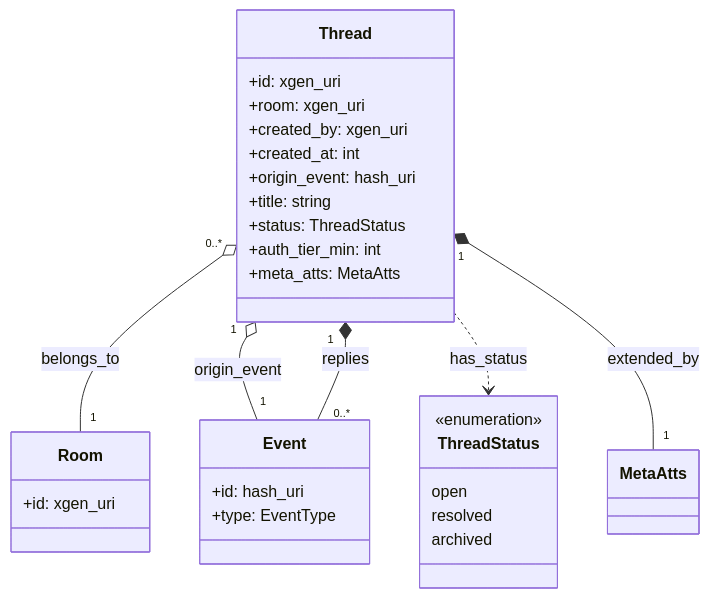
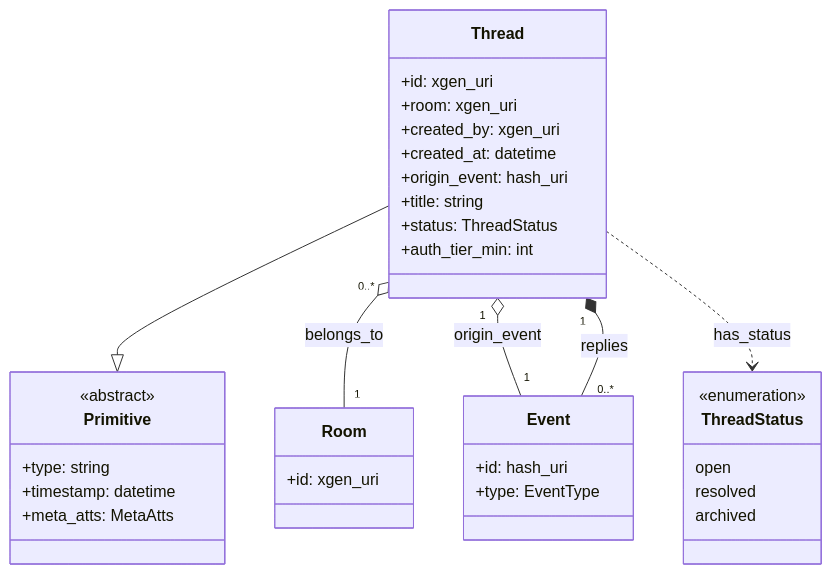
The fourth of 15 diagrams in docs/xgen_appendix_c_en.md (ianus777/XGenProtocol), drawn with Mermaid before and after one commit. The commit also changed other lines of this file and 1 other file, not shown here.

````diff
--- a/docs/xgen_appendix_c_en.md
+++ b/docs/xgen_appendix_c_en.md
@@ -328,33 +422,38 @@
 ```mermaid
 classDiagram
+    class Primitive {
+        <<abstract>>
+        +type: string
+        +timestamp: datetime
+        +meta_atts: MetaAtts
+    }
     class Thread {
         +id: xgen_uri
         +room: xgen_uri
         +created_by: xgen_uri
-        +created_at: int
+        +created_at: datetime
         +origin_event: hash_uri
         +title: string
         +status: ThreadStatus
         +auth_tier_min: int
-        +meta_atts: MetaAtts
     }
     class ThreadStatus {
         <<enumeration>>
         open
         resolved
         archived
     }
     class Event {
         +id: hash_uri
         +type: EventType
     }
     class Room {
         +id: xgen_uri
     }
 
+    Thread --|> Primitive
     Thread "0..*" o-- "1" Room : belongs_to
     Thread "1" o-- "1" Event : origin_event
     Thread "1" *-- "0..*" Event : replies
     Thread ..> ThreadStatus : has_status
-    Thread "1" *-- "1" MetaAtts : extended_by
 ```
````
